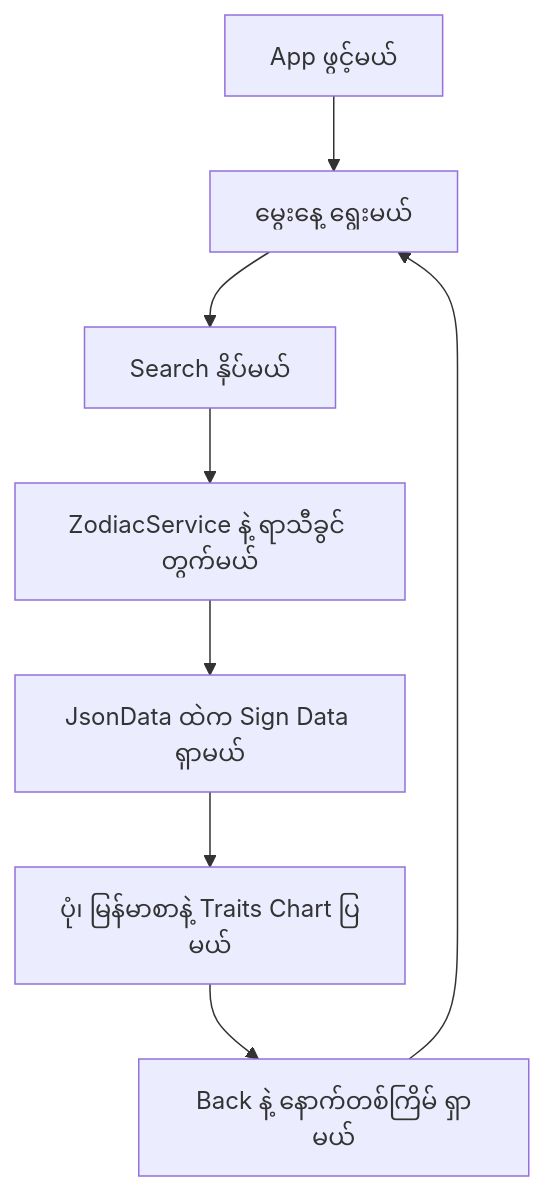
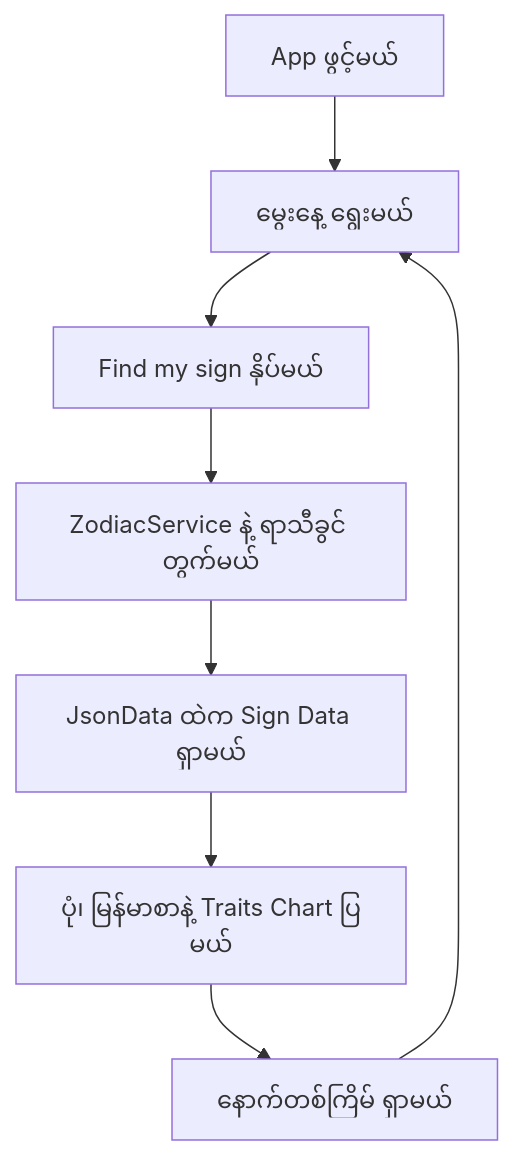
One commit to burma-project-ideas/zodiac changed the diagram in README.md. Above: the diagram before and after it, drawn with Mermaid. The commit also changed other lines of this file and 16 other files, not shown here.

````diff
--- a/README.md
+++ b/README.md
@@ -34,10 +35,10 @@
 ```mermaid
 flowchart TD
     Open["App ဖွင့်မယ်"] --> Choose["မွေးနေ့ ရွေးမယ်"]
-    Choose --> Search["Search နှိပ်မယ်"]
+    Choose --> Search["Find my sign နှိပ်မယ်"]
     Search --> Calculate["ZodiacService နဲ့ ရာသီခွင် တွက်မယ်"]
     Calculate --> Find["JsonData ထဲက Sign Data ရှာမယ်"]
     Find --> Show["ပုံ၊ မြန်မာစာနဲ့ Traits Chart ပြမယ်"]
-    Show --> Back["Back နဲ့ နောက်တစ်ကြိမ် ရှာမယ်"]
+    Show --> Back["နောက်တစ်ကြိမ် ရှာမယ်"]
     Back --> Choose
 ```
````
